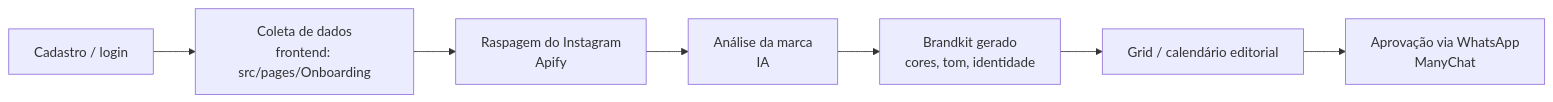
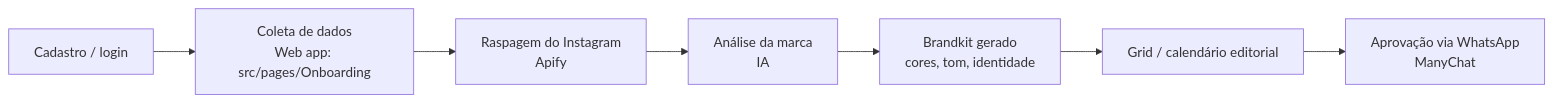
Before and after one commit to aliverso01/mintlify-docs: the first of 4 diagrams in arquitetura/fluxos.mdx, drawn with Mermaid. The commit also changed other lines of this file and 7 other files, not shown here.

````diff
--- a/arquitetura/fluxos.mdx
+++ b/arquitetura/fluxos.mdx
@@ -13,9 +13,9 @@
 ```mermaid
 flowchart LR
-    A["Cadastro / login"] --> B["Coleta de dados<br/>frontend: src/pages/Onboarding"]
+    A["Cadastro / login"] --> B["Coleta de dados<br/>Web app: src/pages/Onboarding"]
     B --> C["Raspagem do Instagram<br/>Apify"]
     C --> D["Análise da marca<br/>IA"]
     D --> E["Brandkit gerado<br/>cores, tom, identidade"]
     E --> F["Grid / calendário editorial"]
     F --> G["Aprovação via WhatsApp<br/>ManyChat"]
 ```
````
